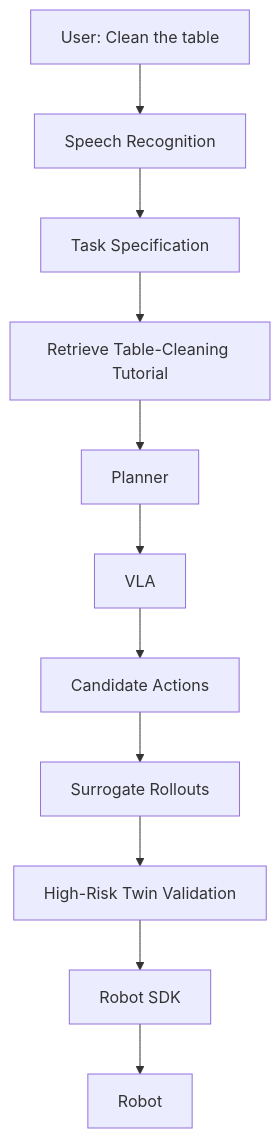
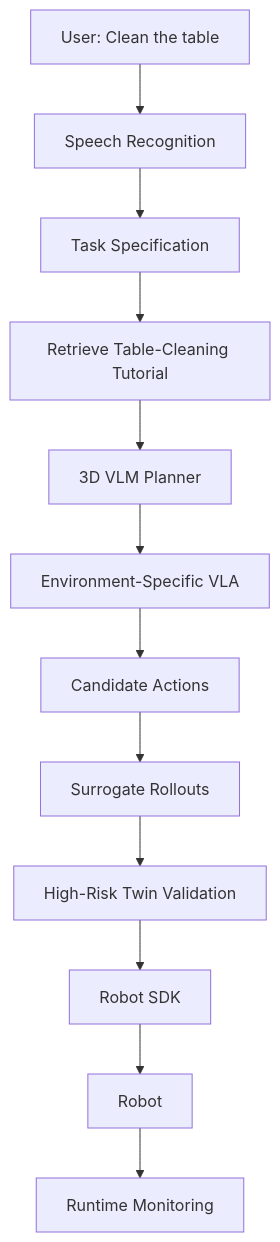
Diagram 12 of 13 in docs/specs/post-demo/lunch_robotics.md (Freelunch-AI/freelunch-ide), drawn with Mermaid before and after one commit. The commit also changed other lines of this file, not shown here.

````diff
--- a/docs/specs/post-demo/lunch_robotics.md
+++ b/docs/specs/post-demo/lunch_robotics.md
@@ -1237,19 +1070,21 @@
 ```mermaid
 flowchart TD
     A["User: Clean the table"]
     --> B["Speech Recognition"]
 
     B --> C["Task Specification"]
     C --> D["Retrieve Table-Cleaning Tutorial"]
 
-    D --> E["Planner"]
-    E --> F["VLA"]
+    D --> E["3D VLM Planner"]
+    E --> F["Environment-Specific VLA"]
 
     F --> G["Candidate Actions"]
     G --> H["Surrogate Rollouts"]
 
     H --> I["High-Risk Twin Validation"]
 
     I --> J["Robot SDK"]
     J --> K["Robot"]
+
+    K --> L["Runtime Monitoring"]
 ```
````
